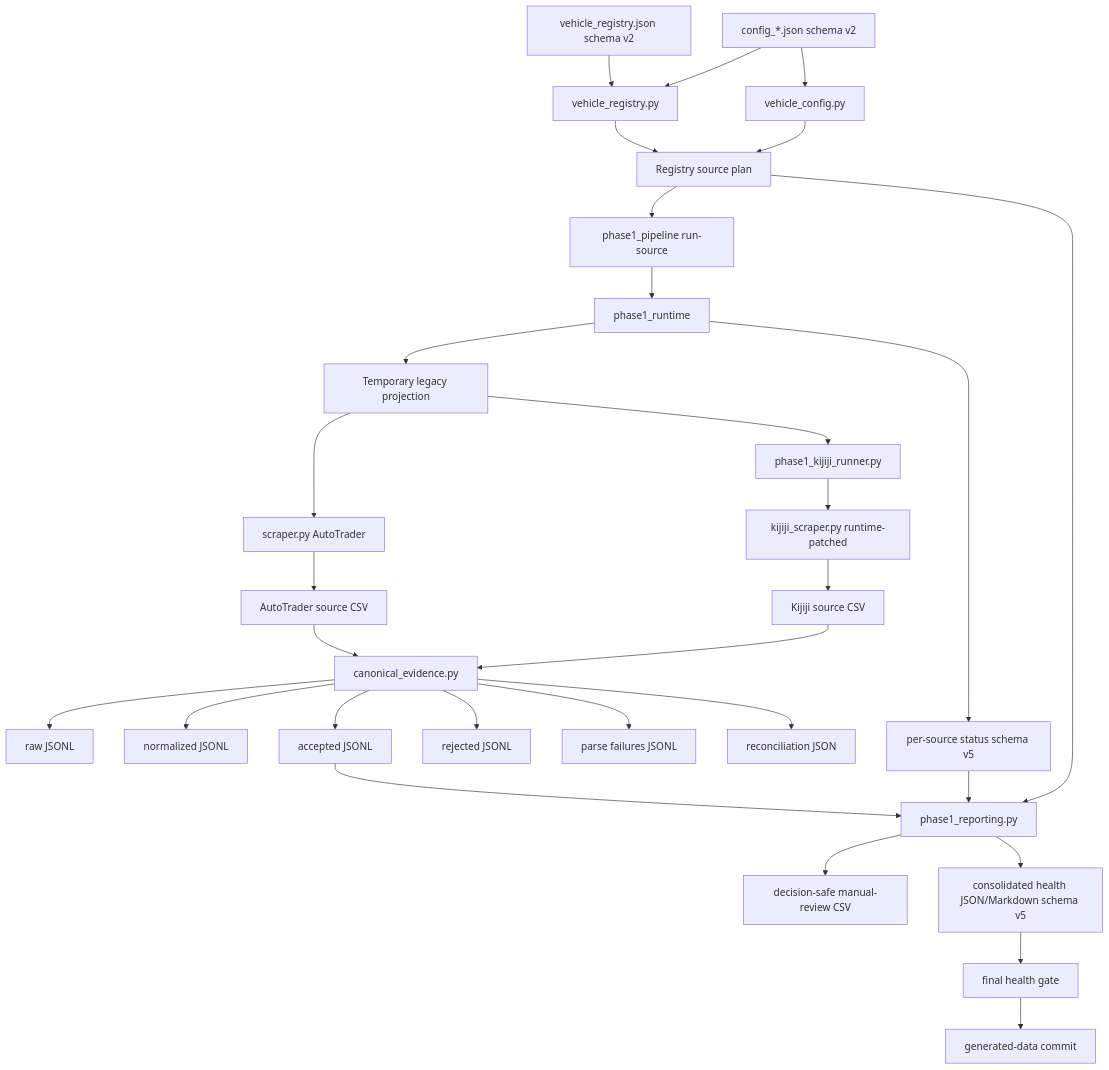
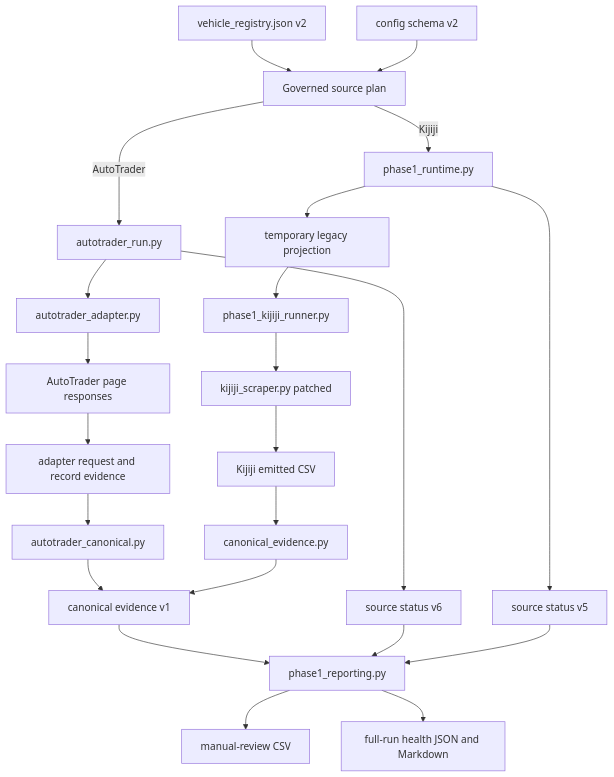
One commit to Stryker-maker/vehicle_scraper changed the diagram in docs/ARCHITECTURE_AND_DATA_FLOW.md. Above: the diagram before and after it, drawn with Mermaid. The commit also changed other lines of this file, not shown here.

Commit message:
Audit 04: document direct and interim source architectures

````diff
--- a/docs/ARCHITECTURE_AND_DATA_FLOW.md
+++ b/docs/ARCHITECTURE_AND_DATA_FLOW.md
@@ -89,32 +133,28 @@
 ```mermaid
 flowchart TD
-    A[vehicle_registry.json schema v2] --> B[vehicle_registry.py]
-    C[config_*.json schema v2] --> B
-    C --> D[vehicle_config.py]
-    B --> E[Registry source plan]
-    D --> E
-    E --> F[phase1_pipeline run-source]
-    F --> G[phase1_runtime]
-    G --> H[Temporary legacy projection]
-    H --> I[scraper.py AutoTrader]
-    H --> J[phase1_kijiji_runner.py]
-    J --> K[kijiji_scraper.py runtime-patched]
-    I --> L[AutoTrader source CSV]
-    K --> M[Kijiji source CSV]
-    L --> N[canonical_evidence.py]
-    M --> N
-    N --> O[raw JSONL]
-    N --> P[normalized JSONL]
-    N --> Q[accepted JSONL]
-    N --> R[rejected JSONL]
-    N --> S[parse failures JSONL]
-    N --> T[reconciliation JSON]
-    G --> U[per-source status schema v5]
-    Q --> V[phase1_reporting.py]
-    U --> V
-    E --> V
-    V --> W[decision-safe manual-review CSV]
-    V --> X[consolidated health JSON/Markdown schema v5]
-    X --> Y[final health gate]
-    Y --> Z[generated-data commit]
+    R[vehicle_registry.json v2] --> P[Governed source plan]
+    C[config schema v2] --> P
+
+    P -->|AutoTrader| AR[autotrader_run.py]
+    AR --> AA[autotrader_adapter.py]
+    AA --> AP[AutoTrader page responses]
+    AP --> AE[adapter request and record evidence]
+    AE --> AC[autotrader_canonical.py]
+    AC --> CE[canonical evidence v1]
+    AR --> AS[source status v6]
+
+    P -->|Kijiji| KR[phase1_runtime.py]
+    KR --> KP[temporary legacy projection]
+    KP --> KI[phase1_kijiji_runner.py]
+    KI --> KC[kijiji_scraper.py patched]
+    KC --> KCSV[Kijiji emitted CSV]
+    KCSV --> CE2[canonical_evidence.py]
+    CE2 --> CE
+    KR --> KS[source status v5]
+
+    CE --> MR[phase1_reporting.py]
+    AS --> MR
+    KS --> MR
+    MR --> CSV[manual-review CSV]
+    MR --> H[full-run health JSON and Markdown]
 ```
````
